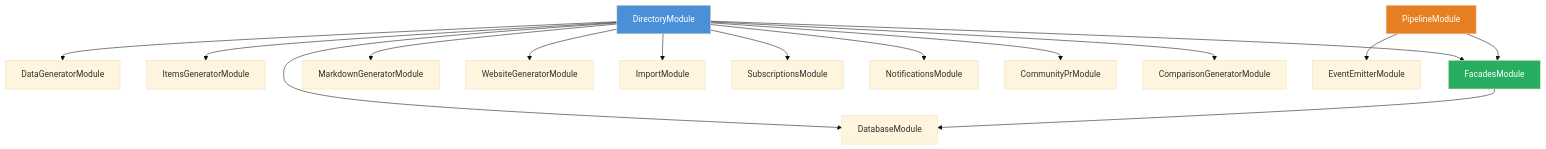
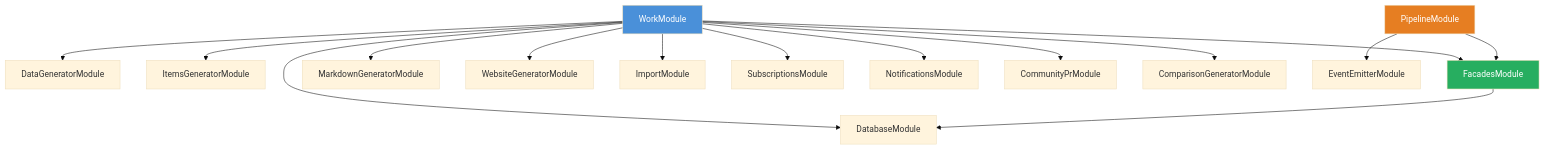
Before and after one commit to ever-works/ever-works: the diagram in docs/architecture/agent-package.md, drawn with Mermaid (base theme). The commit also changed other lines of this file and 395 other files, not shown here.

````diff
--- a/docs/architecture/agent-package.md
+++ b/docs/architecture/agent-package.md
@@ -92,23 +92,23 @@
 ```mermaid
 graph TD
-    DM[DirectoryModule] --> DGM[DataGeneratorModule]
+    DM[WorkModule] --> DGM[DataGeneratorModule]
     DM --> IGM[ItemsGeneratorModule]
     DM --> FM[FacadesModule]
     DM --> MGM[MarkdownGeneratorModule]
     DM --> WGM[WebsiteGeneratorModule]
     DM --> DBM[DatabaseModule]
     DM --> IM[ImportModule]
     DM --> SM[SubscriptionsModule]
     DM --> NM[NotificationsModule]
     DM --> CPM[CommunityPrModule]
     DM --> CGM[ComparisonGeneratorModule]
 
     PM[PipelineModule] --> FM
     PM --> EEM[EventEmitterModule]
 
     FM --> DBM
 
     style DM fill:#4a90d9,color:#fff
     style PM fill:#e67e22,color:#fff
     style FM fill:#27ae60,color:#fff
 ```
````
